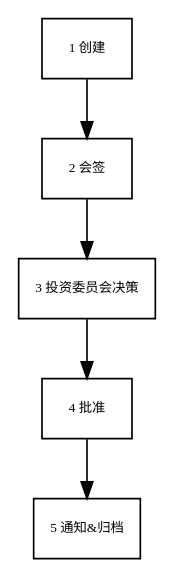
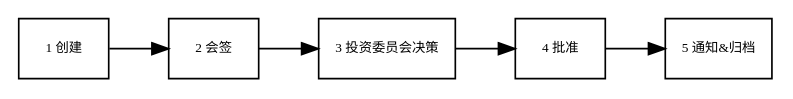
The diagram in source/work/lp/asset/OA系统中的立项流程.rst (cruiurc/cruiurc.github.io), drawn with Graphviz before and after one commit. The commit also changed 1 other file, not shown here.

```diff
--- a/source/work/lp/asset/OA系统中的立项流程.rst
+++ b/source/work/lp/asset/OA系统中的立项流程.rst
@@ -5,15 +5,13 @@
 .. graphviz::
 
     digraph 信息系统中的立项流程{
       {
         创建 [shape=box fontsize=8 label="1 创建"];
         会签 [shape=box fontsize=8 label="2 会签"];
         投资委员会决策 [shape=box fontsize=8 label="3 投资委员会决策"];
         批准 [shape=box fontsize=8 label="4 批准"];
         通知归档 [shape=box fontsize=8 label="5 通知&归档"];
       }
-        创建 -> 会签;
-        会签 -> 投资委员会决策;
-        投资委员会决策 -> 批准;
-        批准 -> 通知归档;
+        rankdir="LR"
+        创建 -> 会签 -> 投资委员会决策 -> 批准 -> 通知归档;
     }
```
